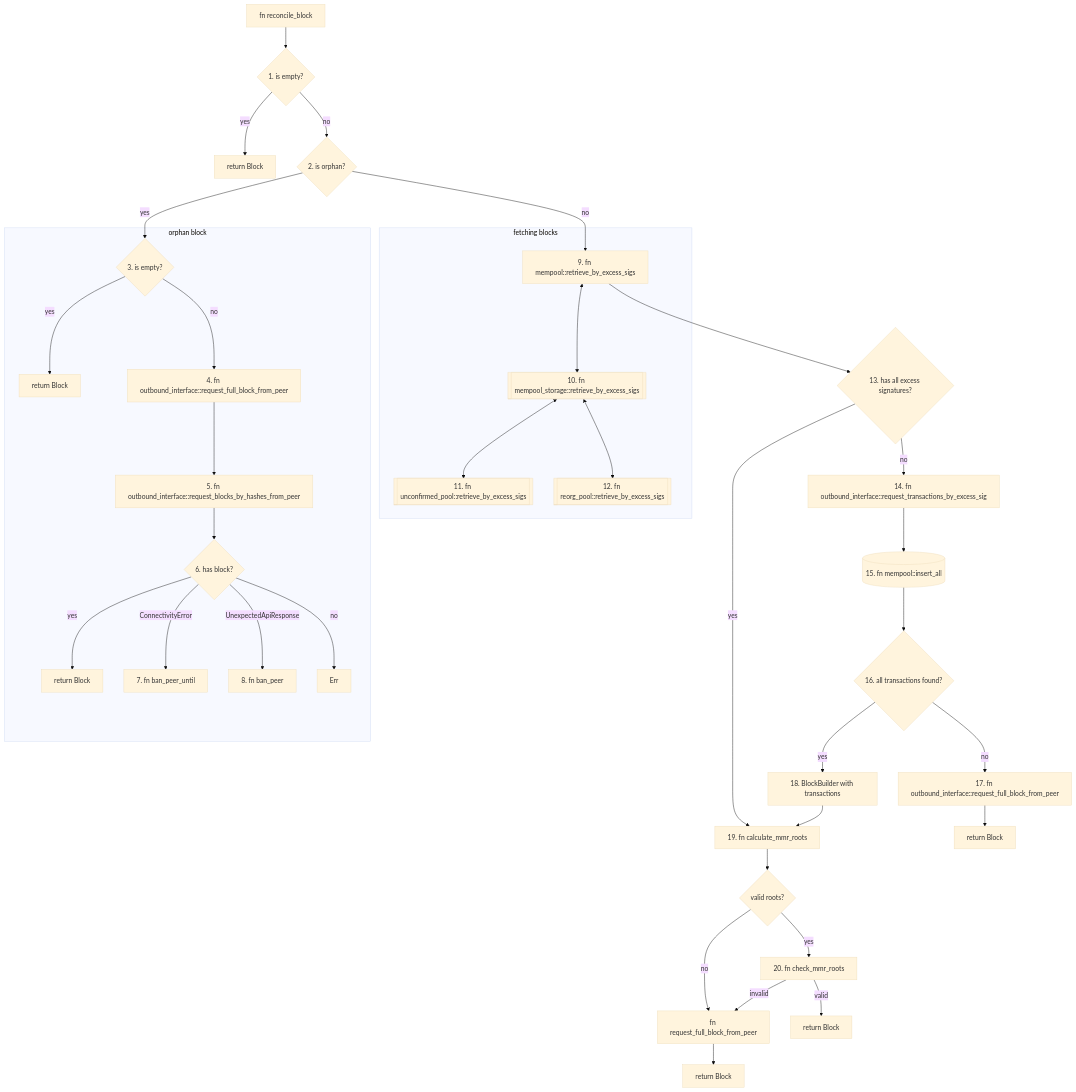
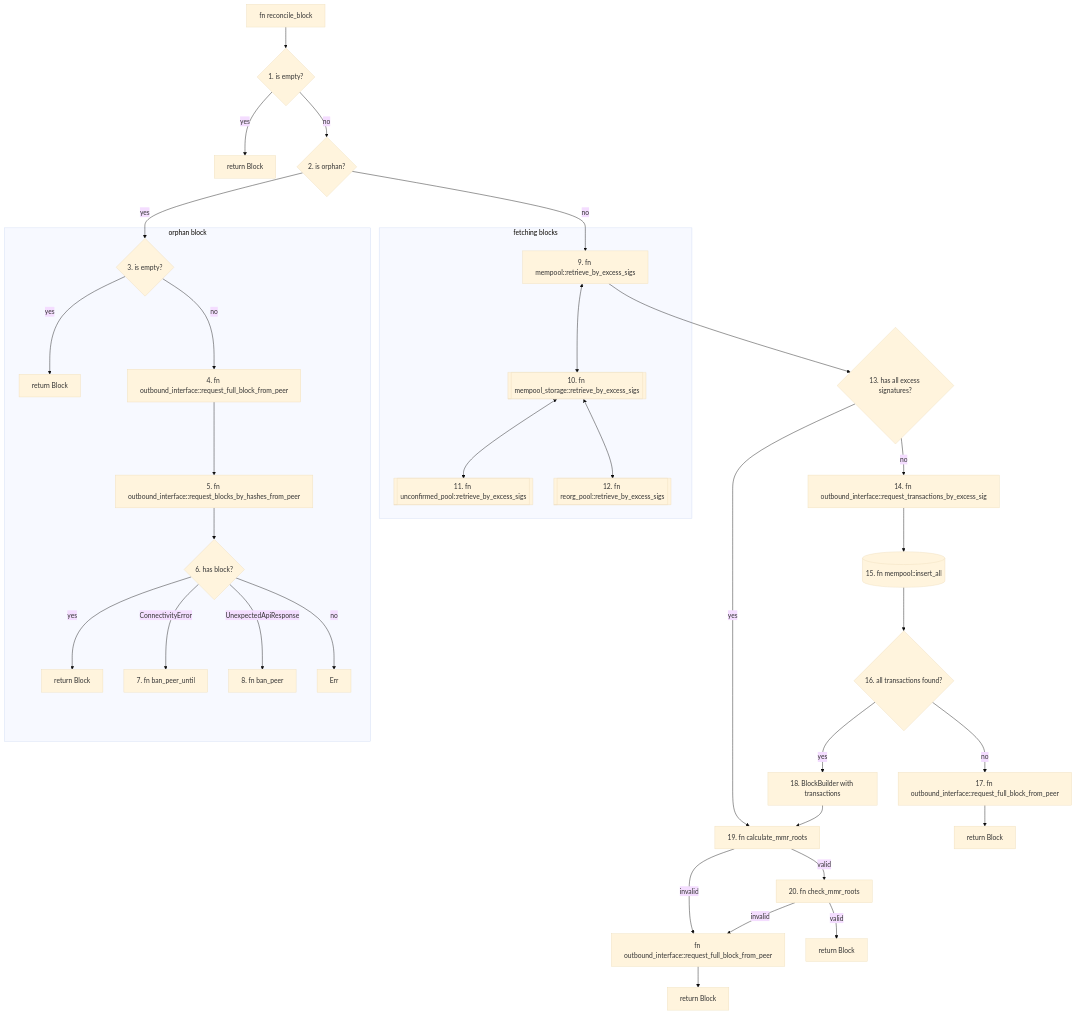
The diagram in docs/src/diagrams/reconcile_block.md (tari-project/tari), drawn with Mermaid (base theme) before and after one commit.

Commit message:
Simplify the flow slightly

````diff
--- a/docs/src/diagrams/reconcile_block.md
+++ b/docs/src/diagrams/reconcile_block.md
@@ -15,45 +15,44 @@
 ```mermaid
 
 flowchart TD
     A[fn reconcile_block] --> AA{1. is empty?}
     AA --yes --> AB[return Block]
     AA --no --> AC{2. is orphan?}
     AC --yes --> D
     AC --no --> B[9. fn mempool::retrieve_by_excess_sigs]
     
     subgraph fetching blocks
         B <--> BA[[10. fn mempool_storage::retrieve_by_excess_sigs]]
         BA <--> BB[[11. fn unconfirmed_pool::retrieve_by_excess_sigs]]
         BA <--> BC[[12. fn reorg_pool::retrieve_by_excess_sigs]]
     end
     
     B --> C{13. has all excess signatures?}
     C --no --> CA[14. fn outbound_interface::request_transactions_by_excess_sig]
     CA --> CC[(15. fn mempool::insert_all)]
     CC --> CE{16. all transactions found?}
     CE --no --> CF[17. fn outbound_interface::request_full_block_from_peer]
     CE --yes --> CD[18. BlockBuilder with transactions]
     C --yes --> CB[19. fn calculate_mmr_roots]
-    CB --> CH{valid roots?}
-    CH --no --> CJ[fn request_full_block_from_peer]
+    CB --invalid --> CJ[fn outbound_interface::request_full_block_from_peer]
     CJ --> CK[return Block]
-    CH --yes --> CL[20. fn check_mmr_roots]
+    CB --valid --> CL[20. fn check_mmr_roots]
     CL --invalid --> CJ
     CD --> CB
     CL --valid --> CM[return Block]
     CF --> CG[return Block]
 
     subgraph orphan block
         D{3. is empty?}
         D --yes --> DA[return Block]
         D --no --> DB[4. fn outbound_interface::request_full_block_from_peer]
         DB --> DC[5. fn outbound_interface::request_blocks_by_hashes_from_peer]
         DC --> DD{6. has block?}
         DD --yes --> DE[return Block]
         DD --ConnectivityError --> DF[7. fn ban_peer_until]
         DD --UnexpectedApiResponse --> DG[8. fn ban_peer]
         DD --no --> DH[Err]
     end
     
     classDef note fill:#eee,stroke:#ccc
 ```
````
